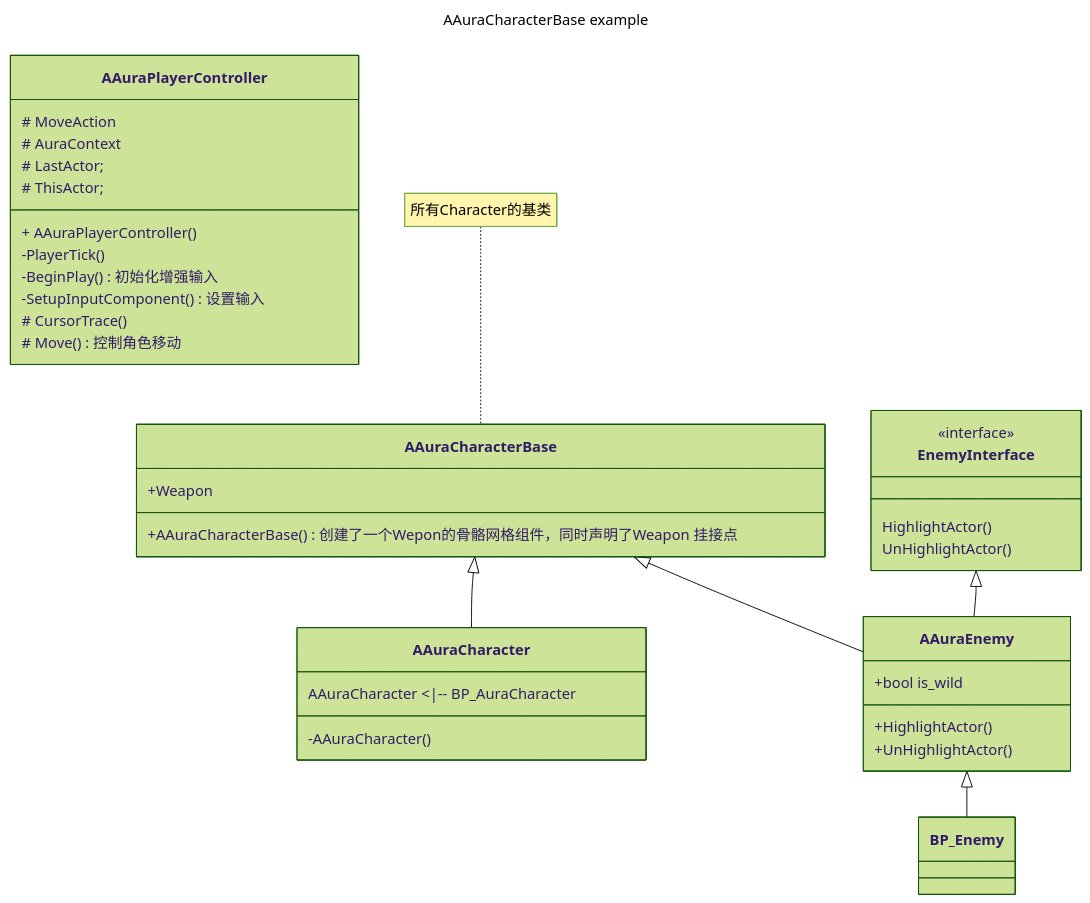
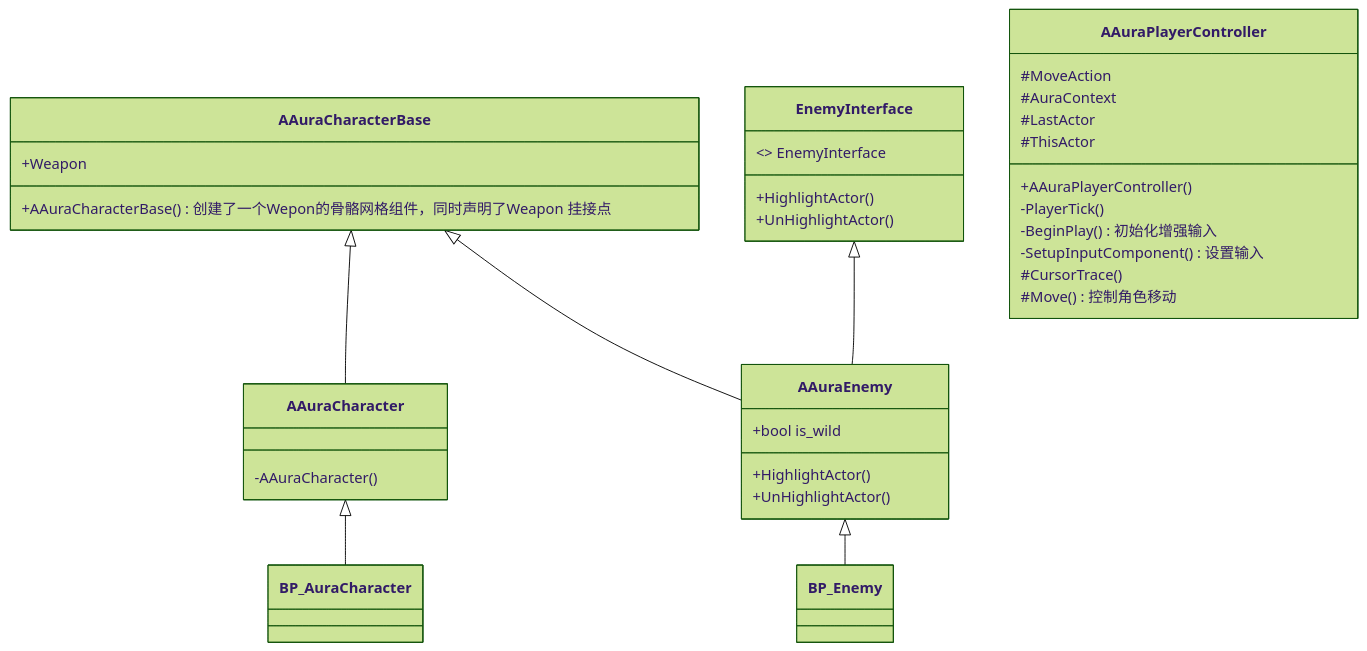
Before and after one commit to Jatpeng/jatpeng.github.io: the second of 2 diagrams in source/_posts/20250701-Aura-UE5-leraning.md, drawn with Mermaid (forest theme). The commit also changed other lines of this file and 8 other files, not shown here.

````diff
--- a/source/_posts/20250701-Aura-UE5-leraning.md
+++ b/source/_posts/20250701-Aura-UE5-leraning.md
@@ -128,43 +151,39 @@
 ```mermaid
----
-title: AAuraCharacterBase example
----
 classDiagram
-	Character的基类
-	note for AAuraCharacterBase "所有Character的基类"
+    %% Character的基类
+    class AAuraCharacterBase {
+        +Weapon
+        +AAuraCharacterBase() 创建了一个Wepon的骨骼网格组件，同时声明了Weapon 挂接点
+    }
     AAuraCharacterBase <|-- AAuraCharacter
     AAuraCharacterBase <|-- AAuraEnemy
-    AAuraCharacterBase : +Weapon
-    AAuraCharacterBase: +AAuraCharacterBase()创建了一个Wepon的骨骼网格组件，同时声明了Weapon 挂接点
     AAuraEnemy <|-- BP_Enemy
-    class AAuraCharacter{
-    	AAuraCharacter <|-- BP_AuraCharacter
+    class AAuraCharacter {
         -AAuraCharacter()
     }
-    class AAuraEnemy{
-    	
+    AAuraCharacter <|-- BP_AuraCharacter
+    class AAuraEnemy {
         +bool is_wild
         +HighlightActor()
         +UnHighlightActor()
     }
-
-  class EnemyInterface
-  <<interface>> EnemyInterface
-  EnemyInterface:HighlightActor()
-  EnemyInterface:UnHighlightActor()
-  EnemyInterface<|--AAuraEnemy
-      class AAuraPlayerController{
-        + AAuraPlayerController()
+    class EnemyInterface {
+        <<interface>> EnemyInterface
+        +HighlightActor()
+        +UnHighlightActor()
+    }
+    EnemyInterface <|-- AAuraEnemy
+    class AAuraPlayerController {
+        +AAuraPlayerController()
         -PlayerTick()
         -BeginPlay() 初始化增强输入
-        -SetupInputComponent()设置输入
-        # CursorTrace() 
-        # Move() 控制角色移动
-        # MoveAction
-        # AuraContext
-    	# LastActor;
-		# ThisActor;
+        -SetupInputComponent() 设置输入
+        #CursorTrace()
+        #Move() 控制角色移动
+        #MoveAction
+        #AuraContext
+        #LastActor
+        #ThisActor
     }
-
-class BP_Enemy
+    class BP_Enemy
 ```
````
